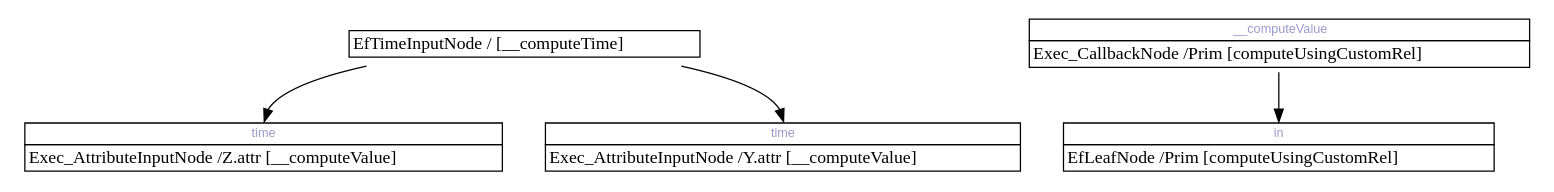
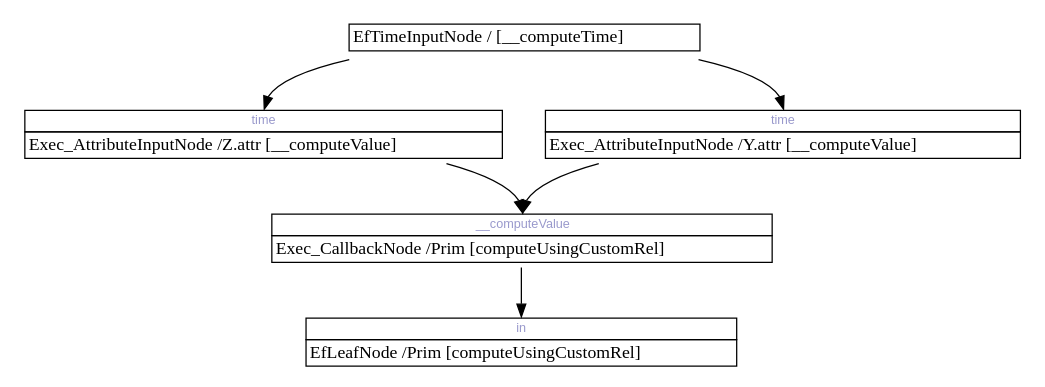
The diagram in pxr/exec/execUsd/testenv/testExecUsdRecompilation/baseline/TestRecompileAfterChangingOldRelationshipTarget-4.dot (rstelzleni/USD), drawn with Graphviz before and after one commit. The commit also changed 11 other files, not shown here.

```diff
--- a/pxr/exec/execUsd/testenv/testExecUsdRecompilation/baseline/TestRecompileAfterChangingOldRelationshipTarget-4.dot
+++ b/pxr/exec/execUsd/testenv/testExecUsdRecompilation/baseline/TestRecompileAfterChangingOldRelationshipTarget-4.dot
@@ -1,37 +1,39 @@
 digraph network {
 	rankdir=TB;
 	page="8.5, 11";
 
 	node [shape=plaintext];
 		"0x7f823653a560" [label=<
 		<TABLE BORDER="0" CELLBORDER="1" CELLSPACING="0">
 			<TR><TD COLSPAN="1"> EfTimeInputNode / [__computeTime] </TD></TR>
 		</TABLE>>];
 	node [shape=plaintext];
 		"0x7f8226a3b200" [label=<
 		<TABLE BORDER="0" CELLBORDER="1" CELLSPACING="0">
 			<TR><TD PORT="0x7f82365242f0" COLSPAN="1"><FONT POINT-SIZE="10" FACE="Arial" COLOR="#9999cc">time</FONT></TD></TR>
 			<TR><TD COLSPAN="1"> Exec_AttributeInputNode /Z.attr [__computeValue] </TD></TR>
 		</TABLE>>];
 	node [shape=plaintext];
 		"0x7f8224a70300" [label=<
 		<TABLE BORDER="0" CELLBORDER="1" CELLSPACING="0">
 			<TR><TD PORT="0x7f8236525400" COLSPAN="1"><FONT POINT-SIZE="10" FACE="Arial" COLOR="#9999cc">time</FONT></TD></TR>
 			<TR><TD COLSPAN="1"> Exec_AttributeInputNode /Y.attr [__computeValue] </TD></TR>
 		</TABLE>>];
 	node [shape=plaintext];
 		"0x7f8230416330" [label=<
 		<TABLE BORDER="0" CELLBORDER="1" CELLSPACING="0">
 			<TR><TD PORT="0x7f82365255b0" COLSPAN="1"><FONT POINT-SIZE="10" FACE="Arial" COLOR="#9999cc">__computeValue</FONT></TD></TR>
 			<TR><TD COLSPAN="1"> Exec_CallbackNode /Prim [computeUsingCustomRel] </TD></TR>
 		</TABLE>>];
 	node [shape=plaintext];
 		"0x7f8230523a00" [label=<
 		<TABLE BORDER="0" CELLBORDER="1" CELLSPACING="0">
 			<TR><TD PORT="0x7f8236525b20" COLSPAN="1"><FONT POINT-SIZE="10" FACE="Arial" COLOR="#9999cc">in</FONT></TD></TR>
 			<TR><TD COLSPAN="1"> EfLeafNode /Prim [computeUsingCustomRel] </TD></TR>
 		</TABLE>>];
 		"0x7f823653a560" -> "0x7f8226a3b200":"0x7f82365242f0":n;
 		"0x7f823653a560" -> "0x7f8224a70300":"0x7f8236525400":n;
+		"0x7f8224a70300" -> "0x7f8230416330":"0x7f82365255b0":n;
+		"0x7f8226a3b200" -> "0x7f8230416330":"0x7f82365255b0":n;
 		"0x7f8230416330" -> "0x7f8230523a00":"0x7f8236525b20":n;
 }
```
